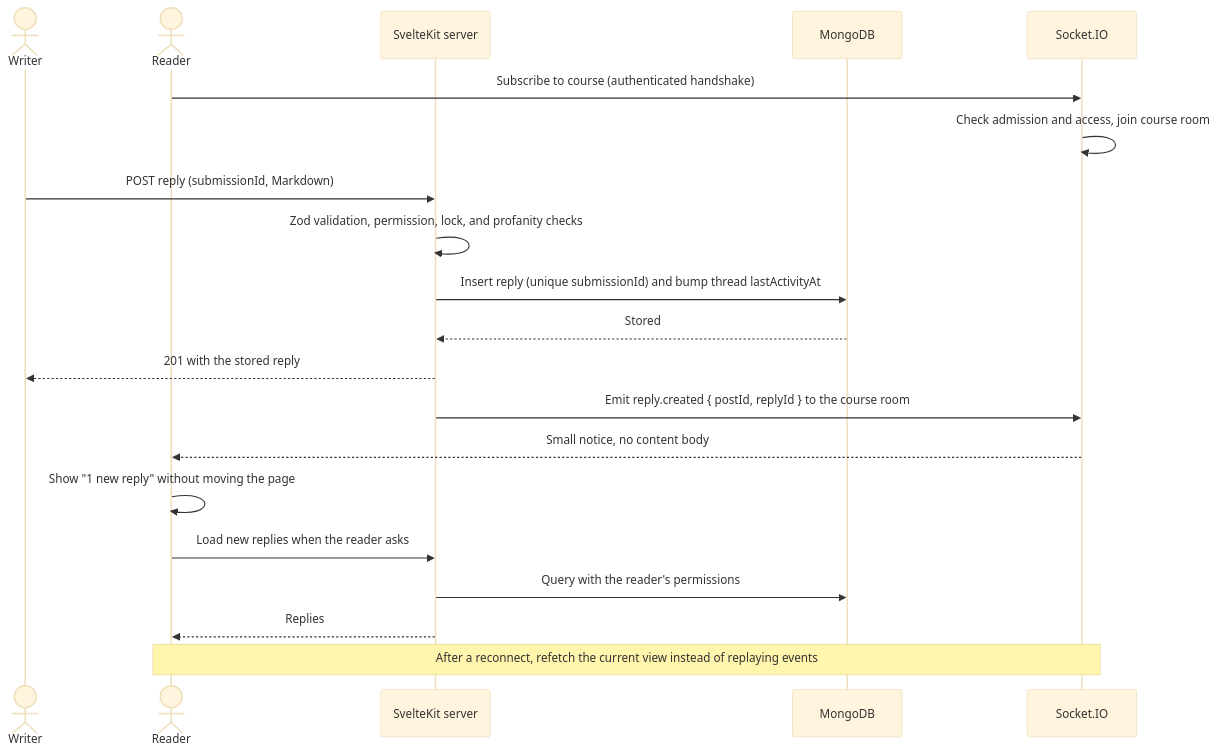
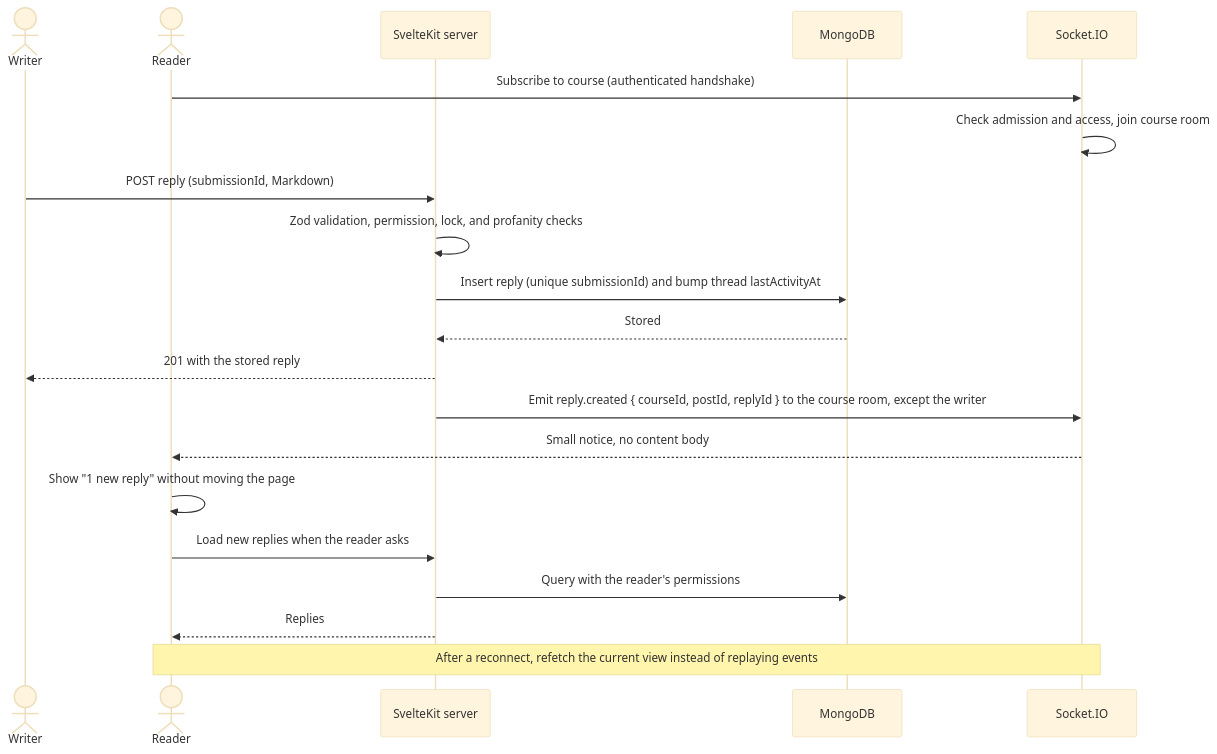
Before and after one commit to Mystery2099/courseboard: the fifth of 7 diagrams in docs/technical/diagrams.md, drawn with Mermaid (base theme). The commit also changed 3 other files, not shown here.

````diff
--- a/docs/technical/diagrams.md
+++ b/docs/technical/diagrams.md
@@ -190,25 +190,25 @@
 ```mermaid
 sequenceDiagram
     actor Writer
     actor Reader
     participant App as SvelteKit server
     participant DB as MongoDB
     participant IO as Socket.IO
 
     Reader->>IO: Subscribe to course (authenticated handshake)
     IO->>IO: Check admission and access, join course room
 
     Writer->>App: POST reply (submissionId, Markdown)
     App->>App: Zod validation, permission, lock, and profanity checks
     App->>DB: Insert reply (unique submissionId) and bump thread lastActivityAt
     DB-->>App: Stored
     App-->>Writer: 201 with the stored reply
-    App->>IO: Emit reply.created { postId, replyId } to the course room
+    App->>IO: Emit reply.created { courseId, postId, replyId } to the course room, except the writer
     IO-->>Reader: Small notice, no content body
     Reader->>Reader: Show "1 new reply" without moving the page
     Reader->>App: Load new replies when the reader asks
     App->>DB: Query with the reader's permissions
     App-->>Reader: Replies
 
     Note over Reader,IO: After a reconnect, refetch the current view instead of replaying events
 ```
````
